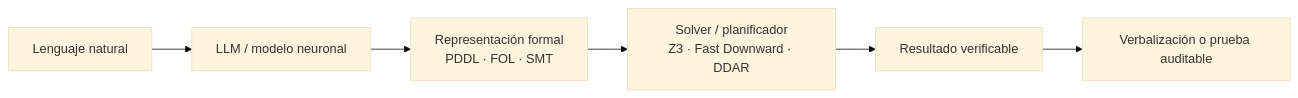
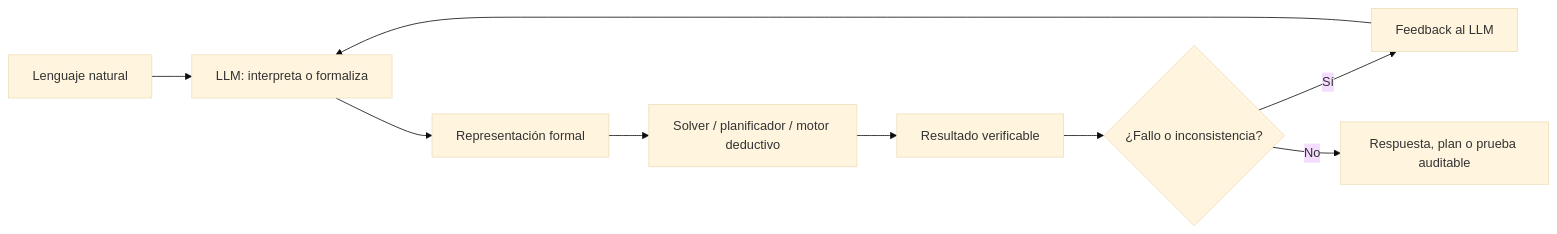
One commit to PachecoE2020/IA-Neurosimb-lica-en-Grandes-Modelos-de-Lenguaje changed the diagram in docs/index.md. Above: the diagram before and after it, drawn with Mermaid (base theme). The commit also changed other lines of this file and 22 other files, not shown here.

````diff
--- a/docs/index.md
+++ b/docs/index.md
@@ -23,8 +71,11 @@
 ```mermaid
 flowchart LR
-    A[Lenguaje natural] --> B[LLM / modelo neuronal]
-    B --> C[Representación formal<br/>PDDL · FOL · SMT]
-    C --> D[Solver / planificador<br/>Z3 · Fast Downward · DDAR]
-    D --> E[Resultado verificable]
-    E --> F[Verbalización o prueba auditable]
+    A["Lenguaje natural"] --> B["LLM: interpreta o formaliza"]
+    B --> C["Representación formal"]
+    C --> D["Solver / planificador / motor deductivo"]
+    D --> E["Resultado verificable"]
+    E --> F{"¿Fallo o inconsistencia?"}
+    F -- Sí --> G["Feedback al LLM"]
+    G --> B
+    F -- No --> H["Respuesta, plan o prueba auditable"]
 ```
````
